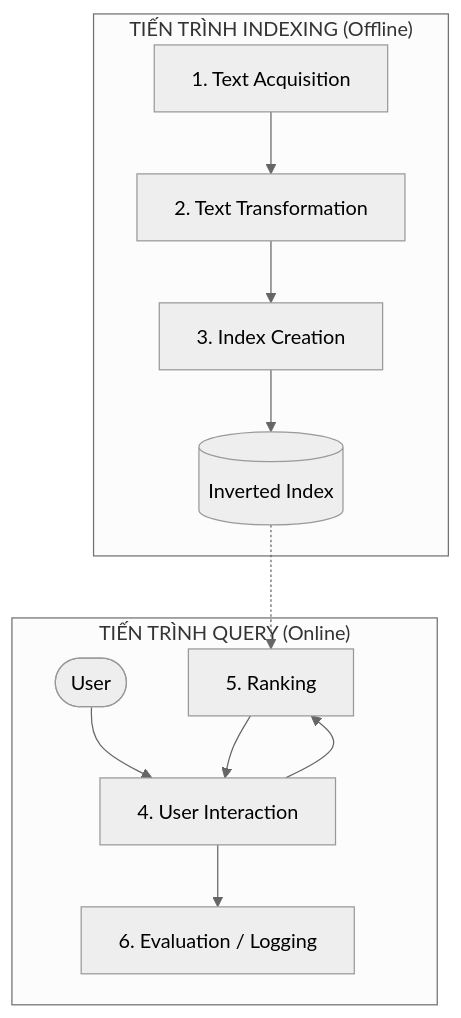
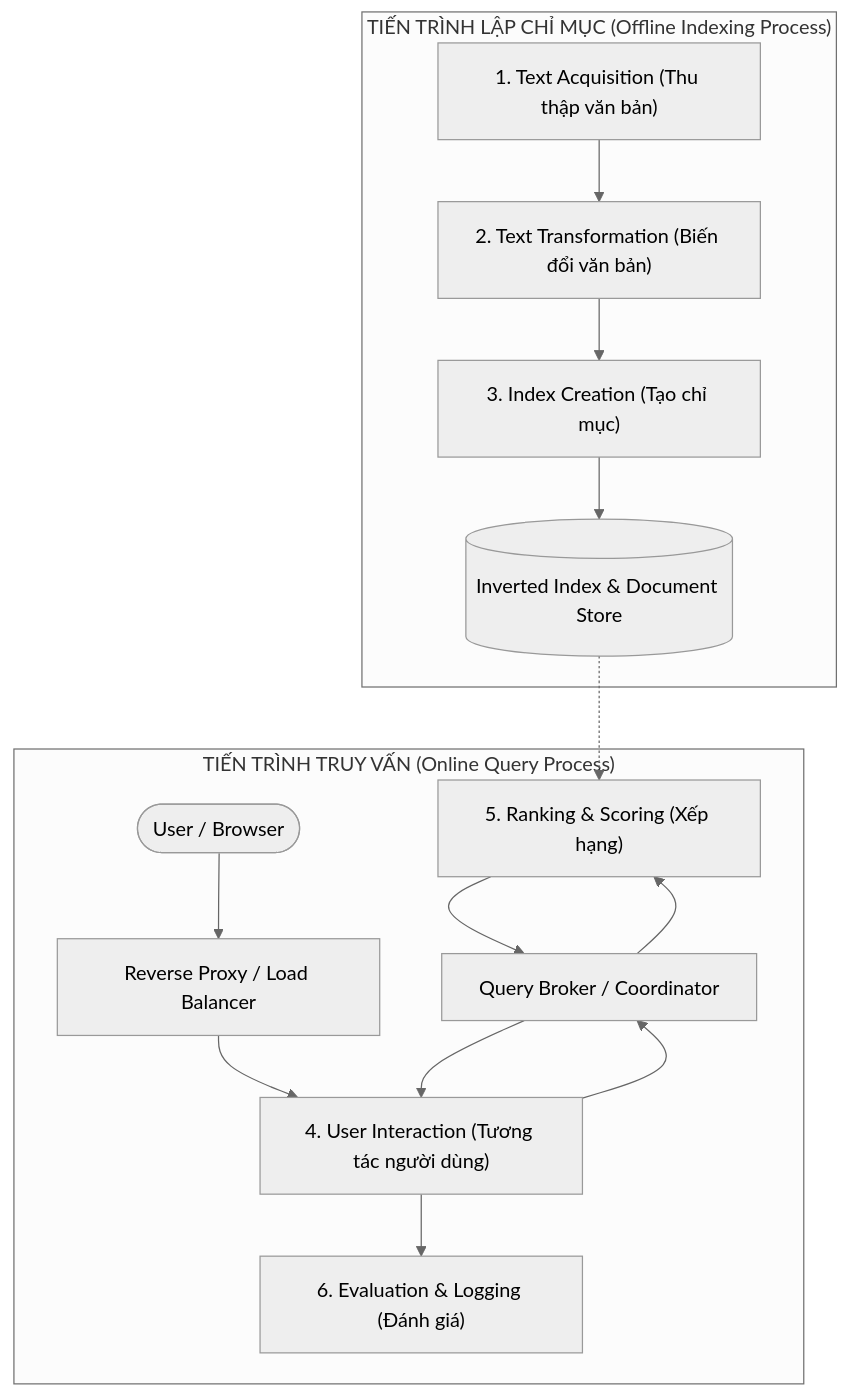
Before and after one commit to carwynetic/SEG301-Term5: the diagram in data/transcripts_dump/ch02.md, drawn with Mermaid (neutral theme). The commit also changed other lines of this file and 18 other files, not shown here.

````diff
--- a/data/transcripts_dump/ch02.md
+++ b/data/transcripts_dump/ch02.md
@@ -45,31 +40,19 @@
 ```mermaid
-
 flowchart TD
-
-    subgraph Indexing_Process["TIẾN TRÌNH INDEXING (Offline)"]
-
-        B1["1. Text Acquisition"] --> B2["2. Text Transformation"]
-
-        B2 --> B3["3. Index Creation"]
-
-        B3 --> Index[("Inverted Index")]
-
+    subgraph Indexing_Process["TIẾN TRÌNH LẬP CHỈ MỤC (Offline Indexing Process)"]
+        B1["1. Text Acquisition (Thu thập văn bản)"] --> B2["2. Text Transformation (Biến đổi văn bản)"]
+        B2 --> B3["3. Index Creation (Tạo chỉ mục)"]
+        B3 --> Index[("Inverted Index & Document Store")]
     end
 
-
-
-    subgraph Query_Process["TIẾN TRÌNH QUERY (Online)"]
-
-        User(["User"]) --> B4["4. User Interaction"]
-
-        B4 --> B5["5. Ranking"]
-
+    subgraph Query_Process["TIẾN TRÌNH TRUY VẤN (Online Query Process)"]
+        User(["User / Browser"]) --> Proxy["Reverse Proxy / Load Balancer"]
+        Proxy --> B4["4. User Interaction (Tương tác người dùng)"]
+        B4 --> Broker["Query Broker / Coordinator"]
+        Broker --> B5["5. Ranking & Scoring (Xếp hạng)"]
         Index -.-> B5
-
-        B5 --> B4
-
-        B4 --> B6["6. Evaluation / Logging"]
-
+        B5 --> Broker
+        Broker --> B4
+        B4 --> B6["6. Evaluation & Logging (Đánh giá)"]
     end
-
 ```
````
